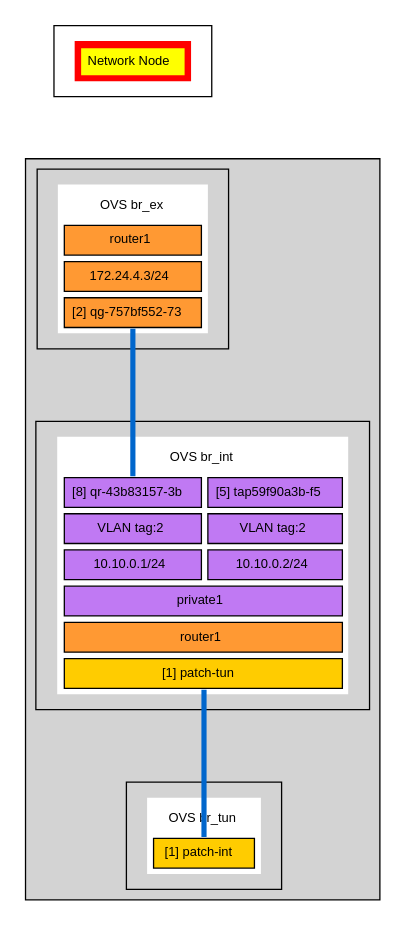
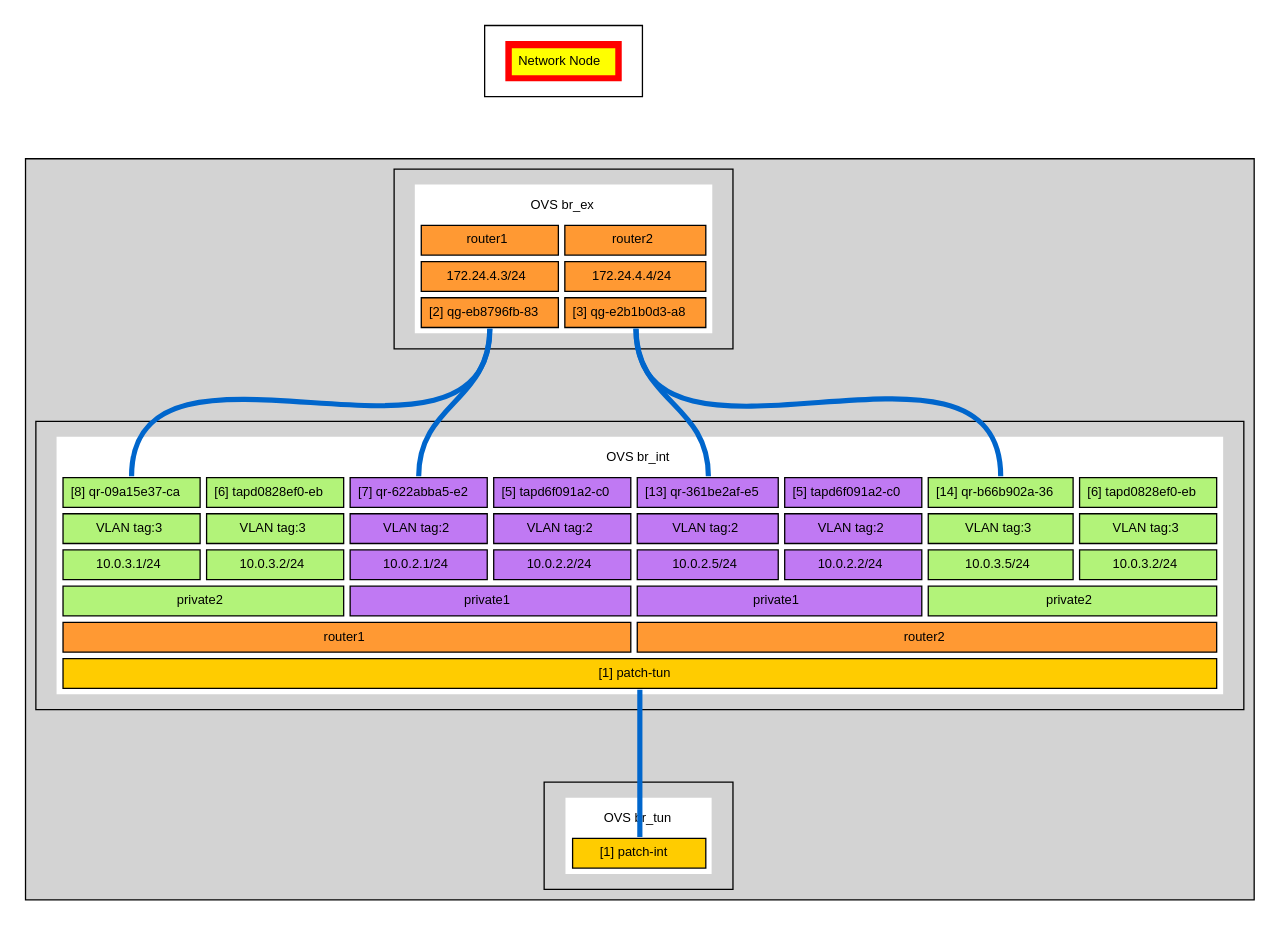
Before and after one commit to CiscoSystems/don: the diagram in ovs/static/network.dot, drawn with Graphviz. The commit also changed 7 other files, not shown here.

Commit message:
Cleanup and retaining old visualization charts.

```diff
--- a/ovs/static/network.dot
+++ b/ovs/static/network.dot
@@ -1,91 +1,119 @@
 digraph DON_network {
 graph [fontsize=10 fontname="Helvetica"];
 node [fontsize=10 fontname="Helvetica"];
 rankdir = TB;
 ranksep = 1;
 concentrate = true;
 compound = true;
 edge [dir=none]
 
 subgraph cluster_NetworkNode {
 NetworkNode [ shape = plaintext, label = <
 <TABLE BORDER="0" CELLBORDER="1" CELLSPACING="5" CELLPADDING="5" BGCOLOR="red">
 <TR>
 <TD COLSPAN="1" BORDER="0" BGCOLOR="yellow" PORT="NetworkNode">Network Node</TD>
 </TR>
 </TABLE>>];
 
 }
 
 subgraph cluster_OVS {
 style=filled
 subgraph cluster_br_ex {
 br_ex [ shape = plaintext, label = <
 <TABLE BORDER="0" CELLBORDER="1" CELLSPACING="5" CELLPADDING="5" BGCOLOR="white">
 <TR>
-<TD COLSPAN="1" BORDER="0" BGCOLOR="white" PORT="OVSbr_ex">OVS br_ex</TD>
+<TD COLSPAN="2" BORDER="0" BGCOLOR="white" PORT="OVSbr_ex">OVS br_ex</TD>
 </TR>
 <TR>
 <TD ROWSPAN="1" COLSPAN="1" BGCOLOR="#ff9933" PORT="router1">router1</TD>
+<TD ROWSPAN="1" COLSPAN="1" BGCOLOR="#ff9933" PORT="router2">router2</TD>
 </TR>
 <TR>
 <TD ROWSPAN="1" COLSPAN="1" BGCOLOR="#ff9933" PORT="172.24.4.3/24">172.24.4.3/24</TD>
+<TD ROWSPAN="1" COLSPAN="1" BGCOLOR="#ff9933" PORT="172.24.4.4/24">172.24.4.4/24</TD>
 </TR>
 <TR>
-<TD ROWSPAN="1" COLSPAN="1" BGCOLOR="#ff9933" PORT="qg_757bf552_73">[2] qg-757bf552-73</TD>
+<TD ROWSPAN="1" COLSPAN="1" BGCOLOR="#ff9933" PORT="qg_eb8796fb_83">[2] qg-eb8796fb-83</TD>
+<TD ROWSPAN="1" COLSPAN="1" BGCOLOR="#ff9933" PORT="qg_e2b1b0d3_a8">[3] qg-e2b1b0d3-a8</TD>
 </TR>
 </TABLE>>];
 
 }
 
 subgraph cluster_network_br_int {
 network_br_int [ shape = plaintext, label = <
 <TABLE BORDER="0" CELLBORDER="1" CELLSPACING="5" CELLPADDING="5" BGCOLOR="white">
 <TR>
-<TD COLSPAN="2" BORDER="0" BGCOLOR="white" PORT="OVSbr_int">OVS br_int</TD>
+<TD COLSPAN="8" BORDER="0" BGCOLOR="white" PORT="OVSbr_int">OVS br_int</TD>
 </TR>
 <TR>
-<TD ROWSPAN="1" COLSPAN="1" BGCOLOR="#c079f3" PORT="qr_43b83157_3b">[8] qr-43b83157-3b</TD>
-<TD ROWSPAN="1" COLSPAN="1" BGCOLOR="#c079f3" PORT="tap59f90a3b_f5">[5] tap59f90a3b-f5</TD>
+<TD ROWSPAN="1" COLSPAN="1" BGCOLOR="#b2f379" PORT="qr_09a15e37_ca">[8] qr-09a15e37-ca</TD>
+<TD ROWSPAN="1" COLSPAN="1" BGCOLOR="#b2f379" PORT="tapd0828ef0_eb">[6] tapd0828ef0-eb</TD>
+<TD ROWSPAN="1" COLSPAN="1" BGCOLOR="#c079f3" PORT="qr_622abba5_e2">[7] qr-622abba5-e2</TD>
+<TD ROWSPAN="1" COLSPAN="1" BGCOLOR="#c079f3" PORT="tapd6f091a2_c0">[5] tapd6f091a2-c0</TD>
+<TD ROWSPAN="1" COLSPAN="1" BGCOLOR="#c079f3" PORT="qr_361be2af_e5">[13] qr-361be2af-e5</TD>
+<TD ROWSPAN="1" COLSPAN="1" BGCOLOR="#c079f3" PORT="tapd6f091a2_c0">[5] tapd6f091a2-c0</TD>
+<TD ROWSPAN="1" COLSPAN="1" BGCOLOR="#b2f379" PORT="qr_b66b902a_36">[14] qr-b66b902a-36</TD>
+<TD ROWSPAN="1" COLSPAN="1" BGCOLOR="#b2f379" PORT="tapd0828ef0_eb">[6] tapd0828ef0-eb</TD>
 </TR>
 <TR>
-<TD ROWSPAN="1" COLSPAN="1" BGCOLOR="#c079f3" PORT="qr_43b83157_3btag_2">VLAN tag:2</TD>
-<TD ROWSPAN="1" COLSPAN="1" BGCOLOR="#c079f3" PORT="tap59f90a3b_f5tag_2">VLAN tag:2</TD>
+<TD ROWSPAN="1" COLSPAN="1" BGCOLOR="#b2f379" PORT="qr_09a15e37_catag_3">VLAN tag:3</TD>
+<TD ROWSPAN="1" COLSPAN="1" BGCOLOR="#b2f379" PORT="tapd0828ef0_ebtag_3">VLAN tag:3</TD>
+<TD ROWSPAN="1" COLSPAN="1" BGCOLOR="#c079f3" PORT="qr_622abba5_e2tag_2">VLAN tag:2</TD>
+<TD ROWSPAN="1" COLSPAN="1" BGCOLOR="#c079f3" PORT="tapd6f091a2_c0tag_2">VLAN tag:2</TD>
+<TD ROWSPAN="1" COLSPAN="1" BGCOLOR="#c079f3" PORT="qr_361be2af_e5tag_2">VLAN tag:2</TD>
+<TD ROWSPAN="1" COLSPAN="1" BGCOLOR="#c079f3" PORT="tapd6f091a2_c0tag_2">VLAN tag:2</TD>
+<TD ROWSPAN="1" COLSPAN="1" BGCOLOR="#b2f379" PORT="qr_b66b902a_36tag_3">VLAN tag:3</TD>
+<TD ROWSPAN="1" COLSPAN="1" BGCOLOR="#b2f379" PORT="tapd0828ef0_ebtag_3">VLAN tag:3</TD>
 </TR>
 <TR>
-<TD ROWSPAN="1" COLSPAN="1" BGCOLOR="#c079f3" PORT="qr_43b83157_3b10.10.0.1/24">10.10.0.1/24</TD>
-<TD ROWSPAN="1" COLSPAN="1" BGCOLOR="#c079f3" PORT="tap59f90a3b_f510.10.0.2/24">10.10.0.2/24</TD>
+<TD ROWSPAN="1" COLSPAN="1" BGCOLOR="#b2f379" PORT="qr_09a15e37_ca10.0.3.1/24">10.0.3.1/24</TD>
+<TD ROWSPAN="1" COLSPAN="1" BGCOLOR="#b2f379" PORT="tapd0828ef0_eb10.0.3.2/24">10.0.3.2/24</TD>
+<TD ROWSPAN="1" COLSPAN="1" BGCOLOR="#c079f3" PORT="qr_622abba5_e210.0.2.1/24">10.0.2.1/24</TD>
+<TD ROWSPAN="1" COLSPAN="1" BGCOLOR="#c079f3" PORT="tapd6f091a2_c010.0.2.2/24">10.0.2.2/24</TD>
+<TD ROWSPAN="1" COLSPAN="1" BGCOLOR="#c079f3" PORT="qr_361be2af_e510.0.2.5/24">10.0.2.5/24</TD>
+<TD ROWSPAN="1" COLSPAN="1" BGCOLOR="#c079f3" PORT="tapd6f091a2_c010.0.2.2/24">10.0.2.2/24</TD>
+<TD ROWSPAN="1" COLSPAN="1" BGCOLOR="#b2f379" PORT="qr_b66b902a_3610.0.3.5/24">10.0.3.5/24</TD>
+<TD ROWSPAN="1" COLSPAN="1" BGCOLOR="#b2f379" PORT="tapd0828ef0_eb10.0.3.2/24">10.0.3.2/24</TD>
 </TR>
 <TR>
+<TD ROWSPAN="1" COLSPAN="2" BGCOLOR="#b2f379" PORT="private2">private2</TD>
 <TD ROWSPAN="1" COLSPAN="2" BGCOLOR="#c079f3" PORT="private1">private1</TD>
+<TD ROWSPAN="1" COLSPAN="2" BGCOLOR="#c079f3" PORT="private1">private1</TD>
+<TD ROWSPAN="1" COLSPAN="2" BGCOLOR="#b2f379" PORT="private2">private2</TD>
 </TR>
 <TR>
-<TD ROWSPAN="1" COLSPAN="2" BGCOLOR="#ff9933" PORT="router1">router1</TD>
+<TD ROWSPAN="1" COLSPAN="4" BGCOLOR="#ff9933" PORT="router1">router1</TD>
+<TD ROWSPAN="1" COLSPAN="4" BGCOLOR="#ff9933" PORT="router2">router2</TD>
 </TR>
 <TR>
-<TD ROWSPAN="1" COLSPAN="2" BGCOLOR="#ffcc00" PORT="patch_tun">[1] patch-tun</TD>
+<TD ROWSPAN="1" COLSPAN="8" BGCOLOR="#ffcc00" PORT="patch_tun">[1] patch-tun</TD>
 </TR>
 </TABLE>>];
 
 }
 
 subgraph cluster_network_br_tun {
 network_br_tun [ shape = plaintext, label = <
 <TABLE BORDER="0" CELLBORDER="1" CELLSPACING="5" CELLPADDING="5" BGCOLOR="white">
 <TR>
-<TD COLSPAN="2" BORDER="0" BGCOLOR="white" PORT="OVSbr_tun">OVS br_tun</TD>
+<TD COLSPAN="7" BORDER="0" BGCOLOR="white" PORT="OVSbr_tun">OVS br_tun</TD>
 </TR>
 <TR>
-<TD ROWSPAN="1" COLSPAN="2" BGCOLOR="#ffcc00" PORT="patch_int">[1] patch-int</TD>
+<TD ROWSPAN="1" COLSPAN="7" BGCOLOR="#ffcc00" PORT="patch_int">[1] patch-int</TD>
 </TR>
 </TABLE>>];
 
 }
 
 }
 
 NetworkNode:s -> br_ex:n [color = "#0066cc", penwidth = "4", style="invis"]
 network_br_int:patch_tun:s -> network_br_tun:patch_int:n [color = "#0066cc", penwidth = "4"]
-br_ex:qg_757bf552_73:s -> network_br_int:qr_43b83157_3b:n [color = "#0066cc", penwidth = "4"]
+br_ex:qg_e2b1b0d3_a8:s -> network_br_int:qr_361be2af_e5:n [color = "#0066cc", penwidth = "4"]
+br_ex:qg_e2b1b0d3_a8:s -> network_br_int:qr_b66b902a_36:n [color = "#0066cc", penwidth = "4"]
+br_ex:qg_eb8796fb_83:s -> network_br_int:qr_09a15e37_ca:n [color = "#0066cc", penwidth = "4"]
+br_ex:qg_eb8796fb_83:s -> network_br_int:qr_622abba5_e2:n [color = "#0066cc", penwidth = "4"]
 
 }
```
